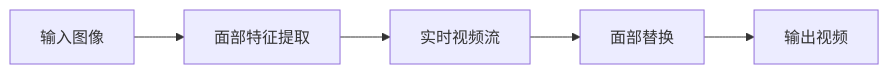
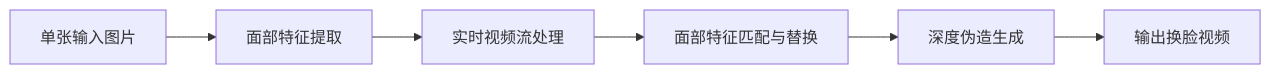
Before and after one commit to wayyoungboy/github-trending-reporter: the ninth of 12 diagrams in reports/2026/01/2026-01-13.md, drawn with Mermaid. The commit also changed other lines of this file and 1 other file, not shown here.

````diff
--- a/reports/2026/01/2026-01-13.md
+++ b/reports/2026/01/2026-01-13.md
@@ -461,7 +471,8 @@
 ```mermaid
 graph LR
-    A[输入图像] --> B[面部特征提取]
-    B --> C[实时视频流]
-    C --> D[面部替换]
-    D --> E[输出视频]
+    A[单张输入图片] --> B[面部特征提取]
+    B --> C[实时视频流处理]
+    C --> D[面部特征匹配与替换]
+    D --> E[深度伪造生成]
+    E --> F[输出换脸视频]
 ```
````
